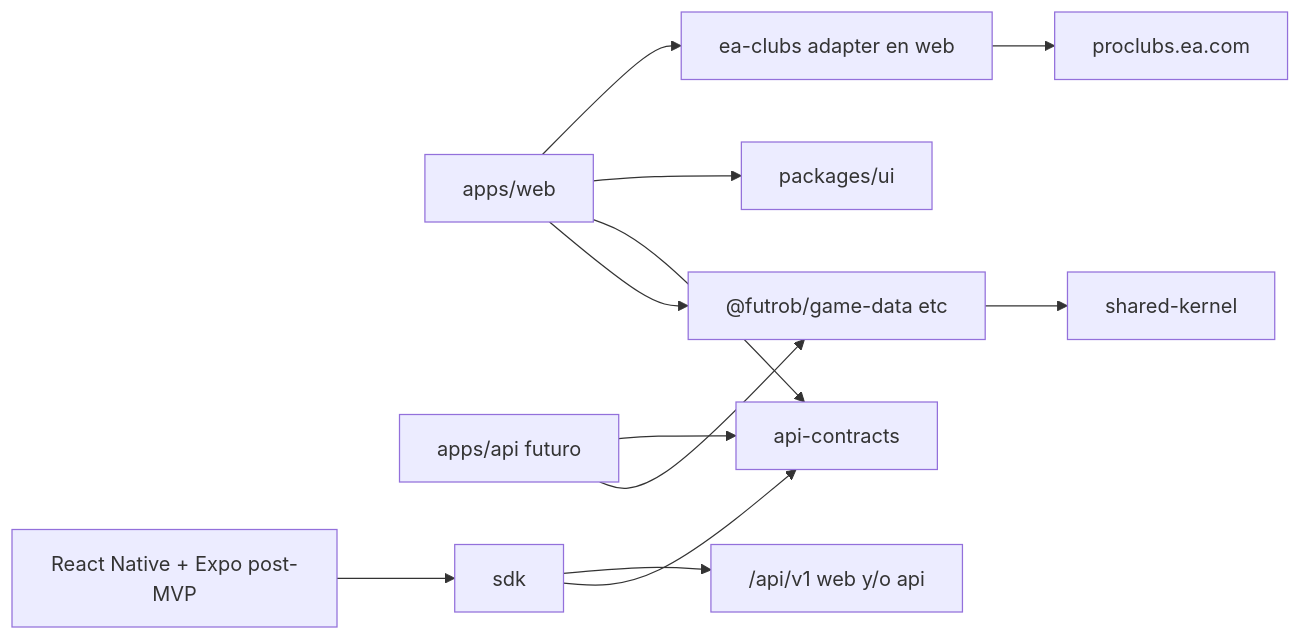
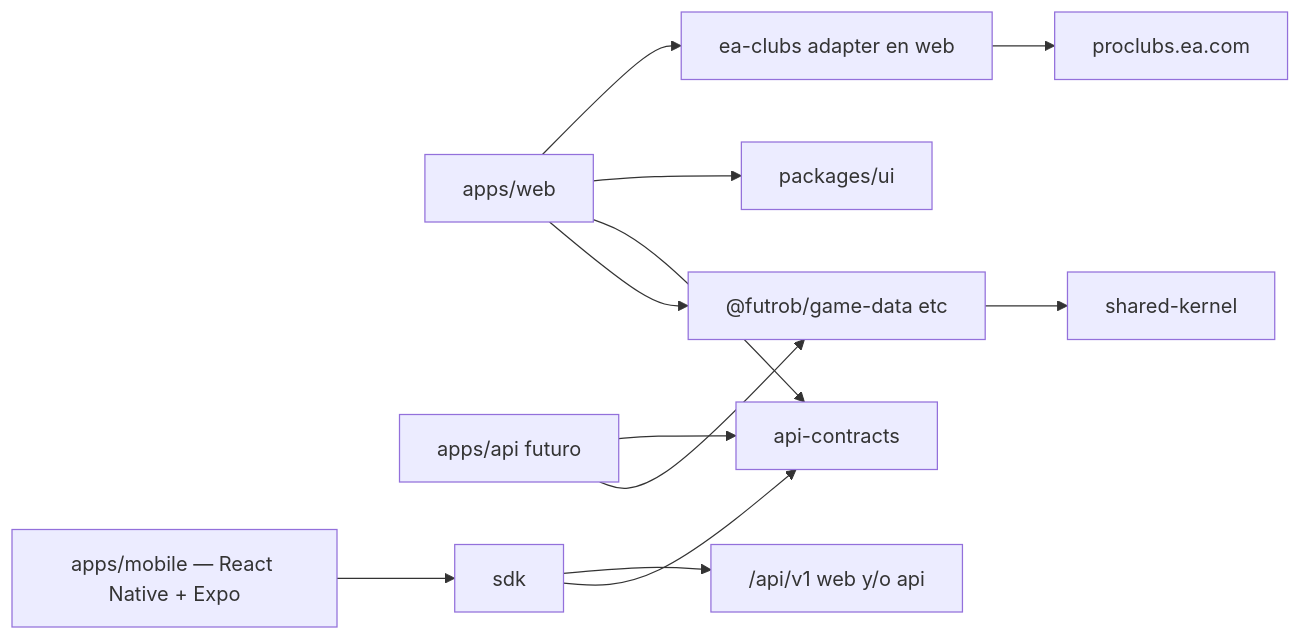
Before and after one commit to thedavos/futrob: the diagram in docs/architecture/packages-and-sdk.md, drawn with Mermaid. The commit also changed other lines of this file and 22 other files, not shown here.

````diff
--- a/docs/architecture/packages-and-sdk.md
+++ b/docs/architecture/packages-and-sdk.md
@@ -51,14 +51,14 @@
 ```mermaid
 flowchart LR
   Web["apps/web"] --> BCs["@futrob/game-data etc"]
   Api["apps/api futuro"] --> BCs
   Web --> Contracts["api-contracts"]
   Api --> Contracts
   Web --> UI["packages/ui"]
   SdkTs["sdk"] --> Contracts
   SdkTs --> ApiV1["/api/v1 web y/o api"]
-  Expo["React Native + Expo post-MVP"] --> SdkTs
+  Expo["apps/mobile — React Native + Expo"] --> SdkTs
   BCs --> Kernel["shared-kernel"]
   EaAdapter["ea-clubs adapter en web"] --> EaHttp["proclubs.ea.com"]
   Web --> EaAdapter
 ```
````
